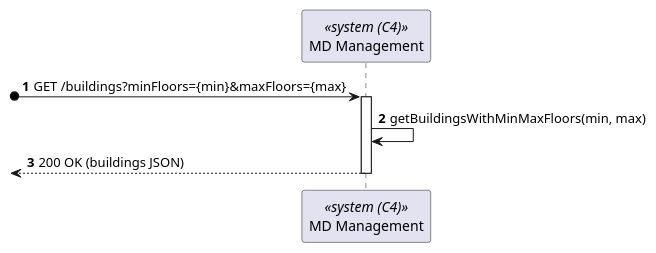
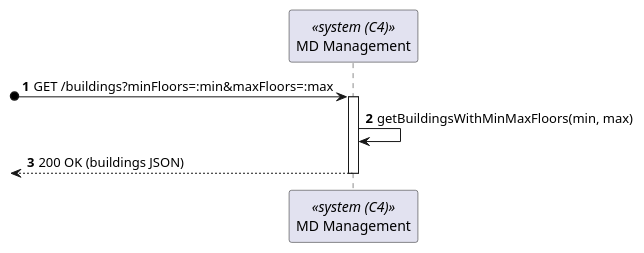
Before and after one commit to miseEnPlace-dev/lapr5: the diagram in _wiki/sprint-a/us04-180/views/level-2/process-view.puml, drawn with PlantUML. The commit also changed 2 other files, not shown here.

```diff
--- a/_wiki/sprint-a/us04-180/views/level-2/process-view.puml
+++ b/_wiki/sprint-a/us04-180/views/level-2/process-view.puml
@@ -1,13 +1,13 @@
 @startuml process-view
 autonumber
 participant SYS as "MD Management" <<system (C4)>>
 
 
-?o-> SYS : GET /buildings?minFloors={min}&maxFloors={max}
+?o-> SYS : GET /buildings?minFloors=:min&maxFloors=:max
 activate SYS
 
 SYS -> SYS : getBuildingsWithMinMaxFloors(min, max)
 <-- SYS : 200 OK (buildings JSON)
 deactivate SYS
 
 @enduml
```
